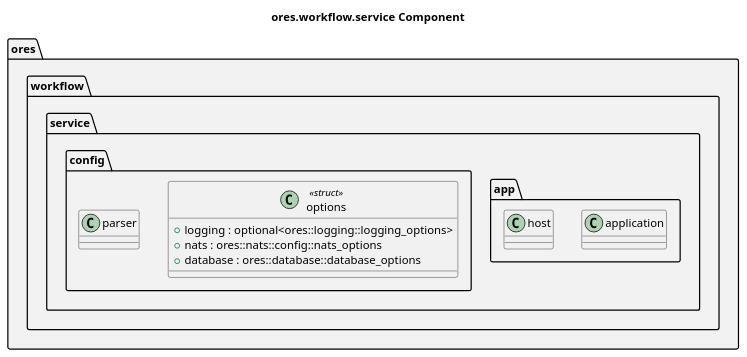
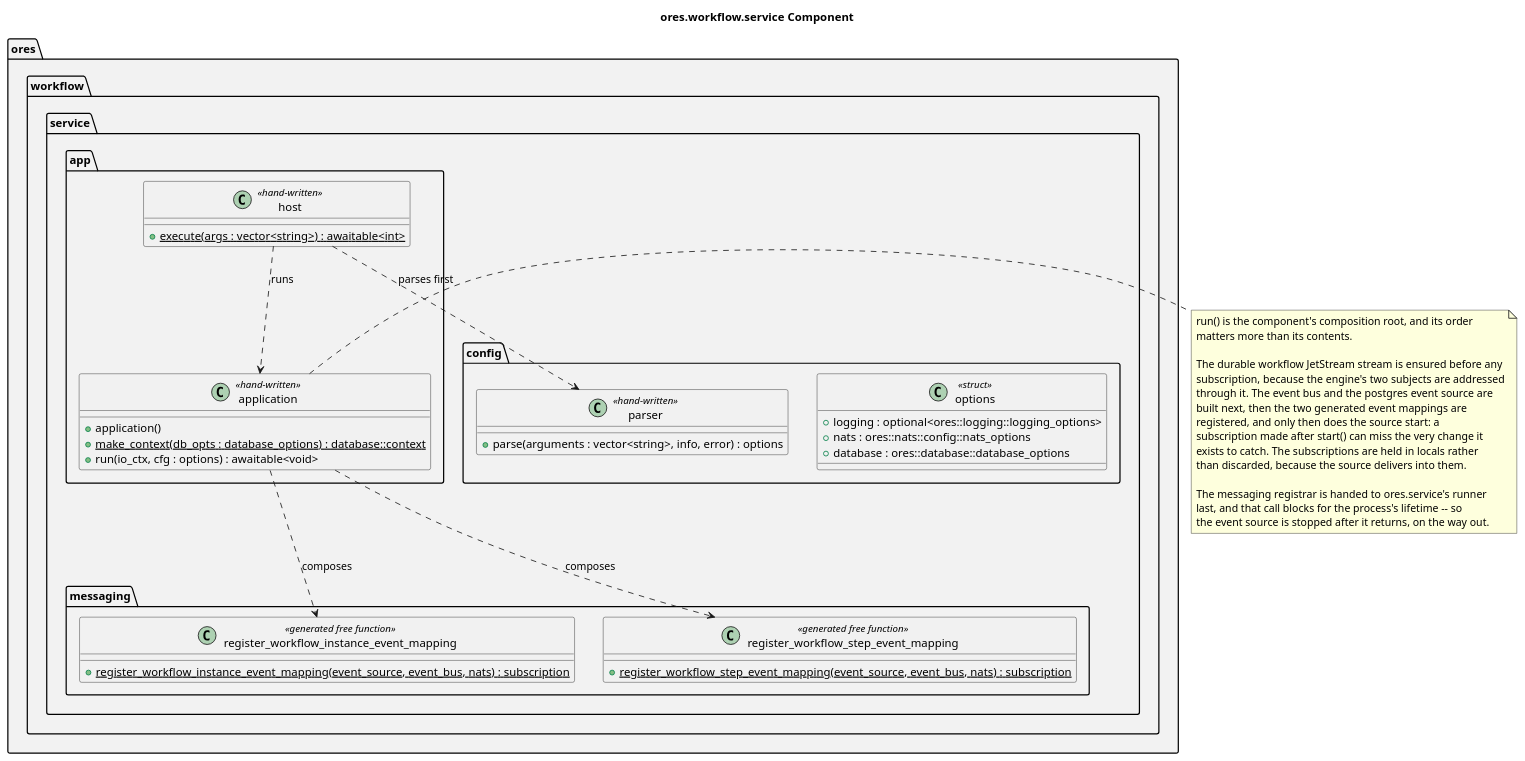
One commit to OreStudio/OreStudio changed the diagram in projects/ores.workflow/service/modeling/ores.workflow.service.puml. Above: the diagram before and after it, drawn with PlantUML. The commit also changed 5 other files, not shown here.

```diff
--- a/projects/ores.workflow/service/modeling/ores.workflow.service.puml
+++ b/projects/ores.workflow/service/modeling/ores.workflow.service.puml
@@ -18,34 +18,99 @@
 @startuml
 
 title ores.workflow.service Component
 
 set namespaceSeparator ::
 
 namespace ores #F2F2F2 {
     namespace workflow #F2F2F2 {
         namespace service #F2F2F2 {
             namespace app #F2F2F2 {
                 class application {
                 }
                 class host {
                 }
             }
             namespace config #F2F2F2 {
                 class options <<struct>> {
                     +logging : optional<ores::logging::logging_options>
                     +nats : ores::nats::config::nats_options
                     +database : ores::database::database_options
                 }
                 class parser {
                 }
             }
         }
     }
 }
 
 ' --- manual: everything below this line is hand-authored; the script preserves it ---
 
+' The automated pass reads data members, so a class whose content is methods arrives
+' as an empty box, and the messaging namespace -- two generated registrars and
+' nothing else -- does not arrive at all.
+'
+' Fully-qualified class names rather than a reopened namespace block, matching the
+' other diagrams in this tree. Redeclaring a class merges its members into the box
+' the automated pass already drew.
+
+class ores::workflow::service::app::application <<hand-written>> {
+    +application()
+    +{static} make_context(db_opts : database_options) : database::context
+    +run(io_ctx, cfg : options) : awaitable<void>
+}
+
+class ores::workflow::service::app::host <<hand-written>> {
+    +{static} execute(args : vector<string>) : awaitable<int>
+}
+
+class ores::workflow::service::config::parser <<hand-written>> {
+    +parse(arguments : vector<string>, info, error) : options
+}
+
+' The whole messaging namespace, which the automated pass does not draw because it
+' holds two free functions and no class. Each generated registrar owns one entity's
+' event mapping: it reads the entity's NOTIFY channel and publishes the canonical
+' event on the subject the action names.
+'
+' It is drawn as a package of its own rather than nested inside ores.workflow.service,
+' because a namespace the automated pass never opened cannot be reopened here: doing
+' so creates a second package rather than merging into the first. The label carries
+' the full path, so the nesting is unambiguous either way.
+
+class ores::workflow::service::messaging::register_workflow_instance_event_mapping <<generated free function>> {
+    +{static} register_workflow_instance_event_mapping(event_source, event_bus, nats) : subscription
+}
+
+class ores::workflow::service::messaging::register_workflow_step_event_mapping <<generated free function>> {
+    +{static} register_workflow_step_event_mapping(event_source, event_bus, nats) : subscription
+}
+
+' What application::run composes, in the order it has to happen.
+
+"ores::workflow::service::app::application" ..> "ores::workflow::service::messaging::register_workflow_instance_event_mapping" : composes
+"ores::workflow::service::app::application" ..> "ores::workflow::service::messaging::register_workflow_step_event_mapping" : composes
+"ores::workflow::service::app::host" ..> "ores::workflow::service::app::application" : runs
+"ores::workflow::service::app::host" ..> "ores::workflow::service::config::parser" : parses first
+
+note right of "ores::workflow::service::app::application"
+run() is the component's composition root, and its order
+matters more than its contents.
+
+The durable workflow JetStream stream is ensured before any
+subscription, because the engine's two subjects are addressed
+through it. The event bus and the postgres event source are
+built next, then the two generated event mappings are
+registered, and only then does the source start: a
+subscription made after start() can miss the very change it
+exists to catch. The subscriptions are held in locals rather
+than discarded, because the source delivers into them.
+
+The messaging registrar is handed to ores.service's runner
+last, and that call blocks for the process's lifetime -- so
+the event source is stopped after it returns, on the way out.
+end note
+
 ' Local Variables:
 ' compile-command: "java -Djava.awt.headless=true -DPLANTUML_SECURITY_PROFILE=UNSECURE -DPLANTUML_LIMIT_SIZE=65535 -jar /usr/share/plantuml/plantuml.jar ores.workflow.service.puml"
 ' End:
 @enduml
```
